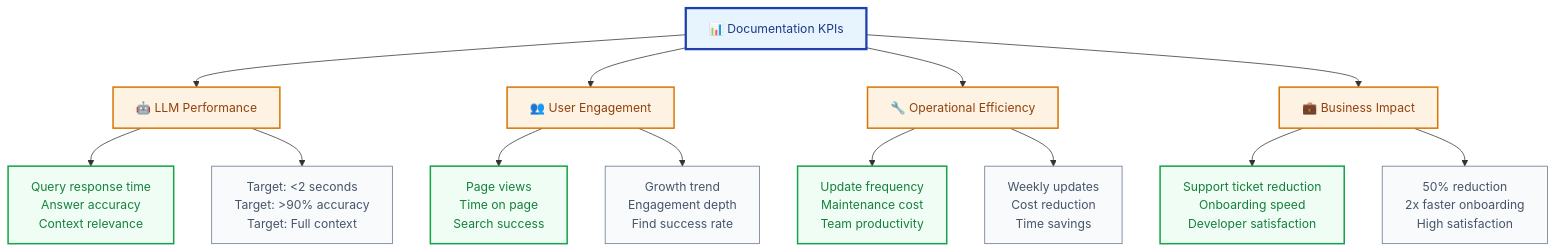
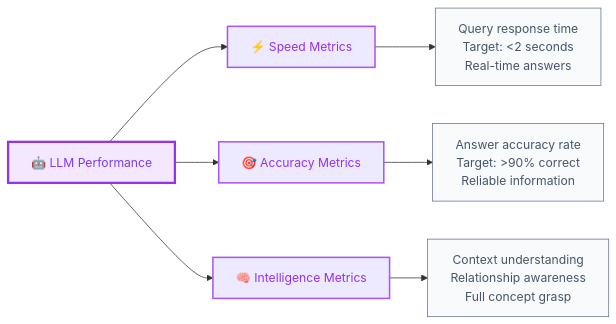
Before and after one commit to raphaelmansuy/tutorials: diagram 25 of 31 in 39-llm-documentation-complete.md, drawn with Mermaid. The commit also changed other lines of this file, not shown here.

Commit message:
Implement code changes to enhance functionality and improve performance

````diff
--- a/39-llm-documentation-complete.md
+++ b/39-llm-documentation-complete.md
@@ -878,27 +1275,20 @@
 ```mermaid
-graph TD
-    A[📊 Documentation KPIs] --> B[🤖 LLM Performance]
-    A --> C[👥 User Engagement]
-    A --> D[🔧 Operational Efficiency]
-    A --> E[💼 Business Impact]
+flowchart LR
+    A[🤖 LLM Performance] --> B[⚡ Speed Metrics]
+    A --> C[🎯 Accuracy Metrics]
+    A --> D[🧠 Intelligence Metrics]
     
-    B --> B1[Query response time<br/>Answer accuracy<br/>Context relevance]
-    C --> C1[Page views<br/>Time on page<br/>Search success]
-    D --> D1[Update frequency<br/>Maintenance cost<br/>Team productivity]
-    E --> E1[Support ticket reduction<br/>Onboarding speed<br/>Developer satisfaction]
+    B --> B1[Query response time<br/>Target: <2 seconds<br/>Real-time answers]
     
-    B --> B2[Target: <2 seconds<br/>Target: >90% accuracy<br/>Target: Full context]
-    C --> C2[Growth trend<br/>Engagement depth<br/>Find success rate]
-    D --> D2[Weekly updates<br/>Cost reduction<br/>Time savings]
-    E --> E2[50% reduction<br/>2x faster onboarding<br/>High satisfaction]
+    C --> C1[Answer accuracy rate<br/>Target: >90% correct<br/>Reliable information]
     
-    classDef kpis fill:#e8f4fd,stroke:#1e40af,stroke-width:3px,color:#1e3a8a
-    classDef category fill:#fef3e2,stroke:#d97706,stroke-width:2px,color:#92400e
-    classDef metrics fill:#f0fdf4,stroke:#16a34a,stroke-width:2px,color:#15803d
+    D --> D1[Context understanding<br/>Relationship awareness<br/>Full concept grasp]
+    
+    classDef llm fill:#f3e8ff,stroke:#9333ea,stroke-width:3px,color:#7c3aed
+    classDef metrics fill:#ede9fe,stroke:#a855f7,stroke-width:2px,color:#9333ea
     classDef targets fill:#f8fafc,stroke:#64748b,stroke-width:1px,color:#475569
     
-    class A kpis
-    class B,C,D,E category
-    class B1,C1,D1,E1 metrics
-    class B2,C2,D2,E2 targets
+    class A llm
+    class B,C,D metrics
+    class B1,C1,D1 targets
 ```
````
